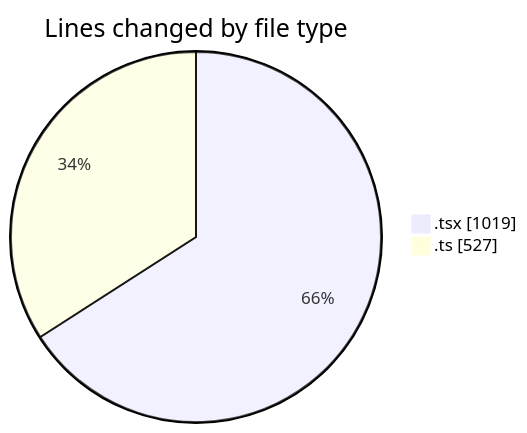
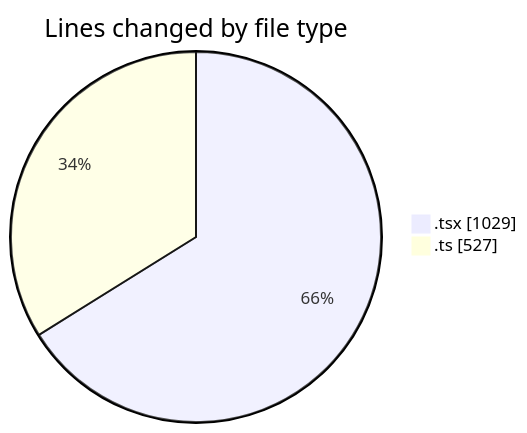
The first of 2 diagrams in 2026-05-12/nxtqube_webapp/README.md (nxtqubesakshisongat/code-tracking), drawn with Mermaid before and after one commit. The commit also changed other lines of this file and 1 other file, not shown here.

````diff
--- a/2026-05-12/nxtqube_webapp/README.md
+++ b/2026-05-12/nxtqube_webapp/README.md
@@ -21,6 +21,6 @@
 ```mermaid
 pie showData
 title Lines changed by file type
-".tsx" : 1019
+".tsx" : 1029
 ".ts" : 527
 ```
````
